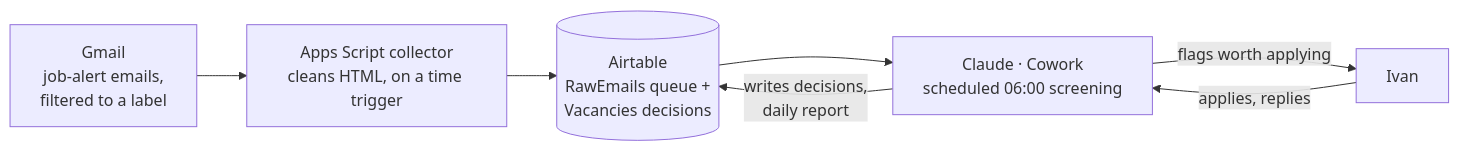
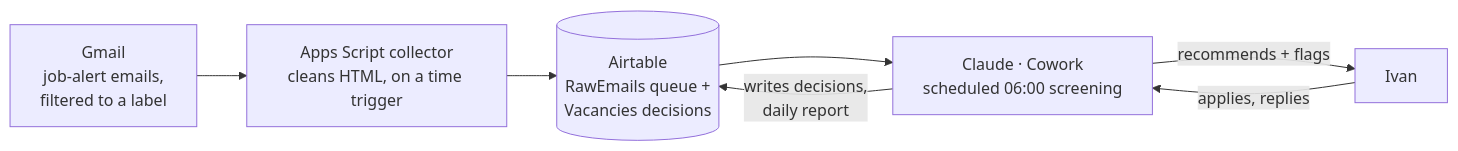
The diagram in README.md (kathelix/UK_DevOps), drawn with Mermaid before and after one commit. The commit also changed other lines of this file and 7 other files, not shown here.

````diff
--- a/README.md
+++ b/README.md
@@ -7,9 +7,9 @@
 ```mermaid
 flowchart LR
     A[Gmail\njob-alert emails,\nfiltered to a label] --> B[Apps Script collector\ncleans HTML, on a time trigger]
     B --> C[(Airtable\nRawEmails queue +\nVacancies decisions)]
     C --> D[Claude · Cowork\nscheduled 06:00 screening]
     D -->|writes decisions,\ndaily report| C
-    D -->|flags worth applying| E[Ivan]
+    D -->|recommends + flags| E[Ivan]
     E -->|applies, replies| D
 ```
````
